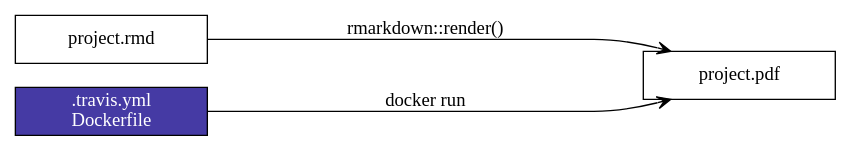
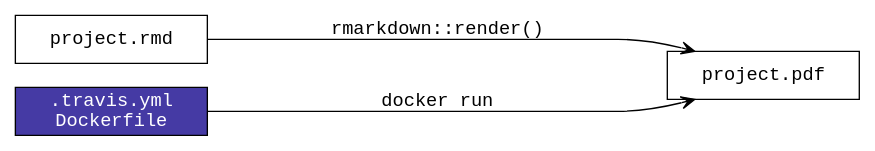
The diagram in assets/cicd-with.gv (maxheld83/ghactions), drawn with Graphviz before and after one commit. The commit also changed 3 other files, not shown here.

```diff
--- a/assets/cicd-with.gv
+++ b/assets/cicd-with.gv
@@ -1,51 +1,51 @@
 digraph cicd {
 
 graph [
   layout = dot
   rankdir = LR
 ]
 
 node  [
   shape = rectangle
   color = black
   fixedsize = true
   width = 2.0
   style = solid
 ]
 
 node  [
-  fontname = "Fira Code"
+  fontname = "Courier"
   label = "project.rmd"
 ]
 source
 
 node [
   label = ".travis.yml \n Dockerfile"
   fillcolor = "#453AA4"
   style = filled
   fontcolor = white
 ]
 computer
 
 node [
-  fontname = "Fira Code"
+  fontname = "Courier"
   label = "project.pdf"
   fontcolor = black
   fillcolor = white
 ]
 binary
 
 edge [
   arrowhead = "vee"
   color = black,
-  fontname = "Fira Code"
+  fontname = "Courier"
   minlen = 5
 ]
 source -> {binary} [
   label = "rmarkdown::render()"
   width = 1
 ]
 computer -> {binary} [
   label = "docker run"
 ]
 }
```
